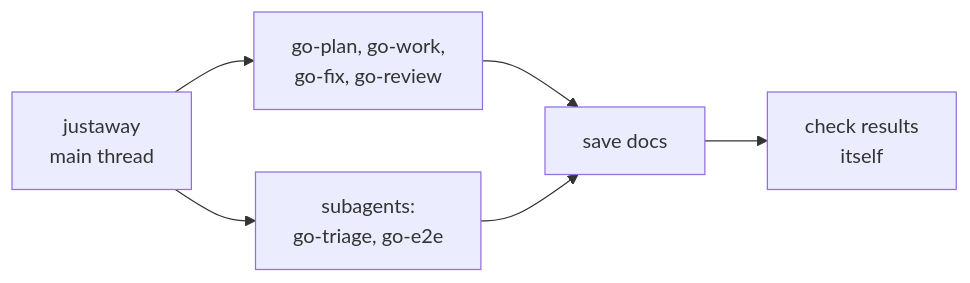
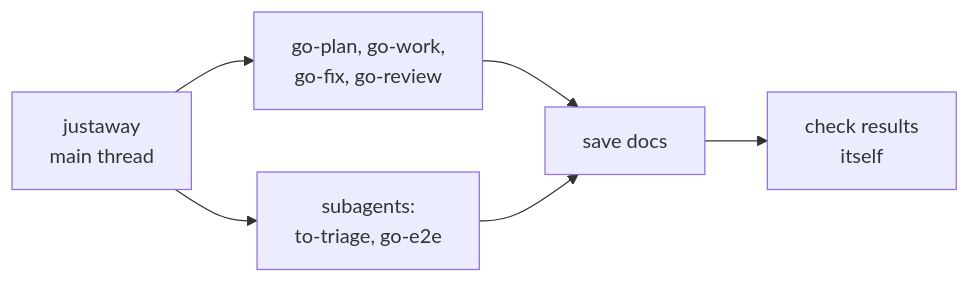
One commit to le0u0/just-do-it changed the first of 2 diagrams in docs/justaway.md. Above: the diagram before and after it, drawn with Mermaid. The commit also changed other lines of this file and 22 other files, not shown here.

````diff
--- a/docs/justaway.md
+++ b/docs/justaway.md
@@ -7,8 +7,8 @@
 ```mermaid
 flowchart LR
     M[justaway<br/>main thread] --> MT[go-plan, go-work,<br/>go-fix, go-review]
-    M --> SA[subagents:<br/>go-triage, go-e2e]
+    M --> SA[subagents:<br/>to-triage, go-e2e]
     MT --> S[save docs]
     SA --> S
     S --> V[check results<br/>itself]
 ```
````
